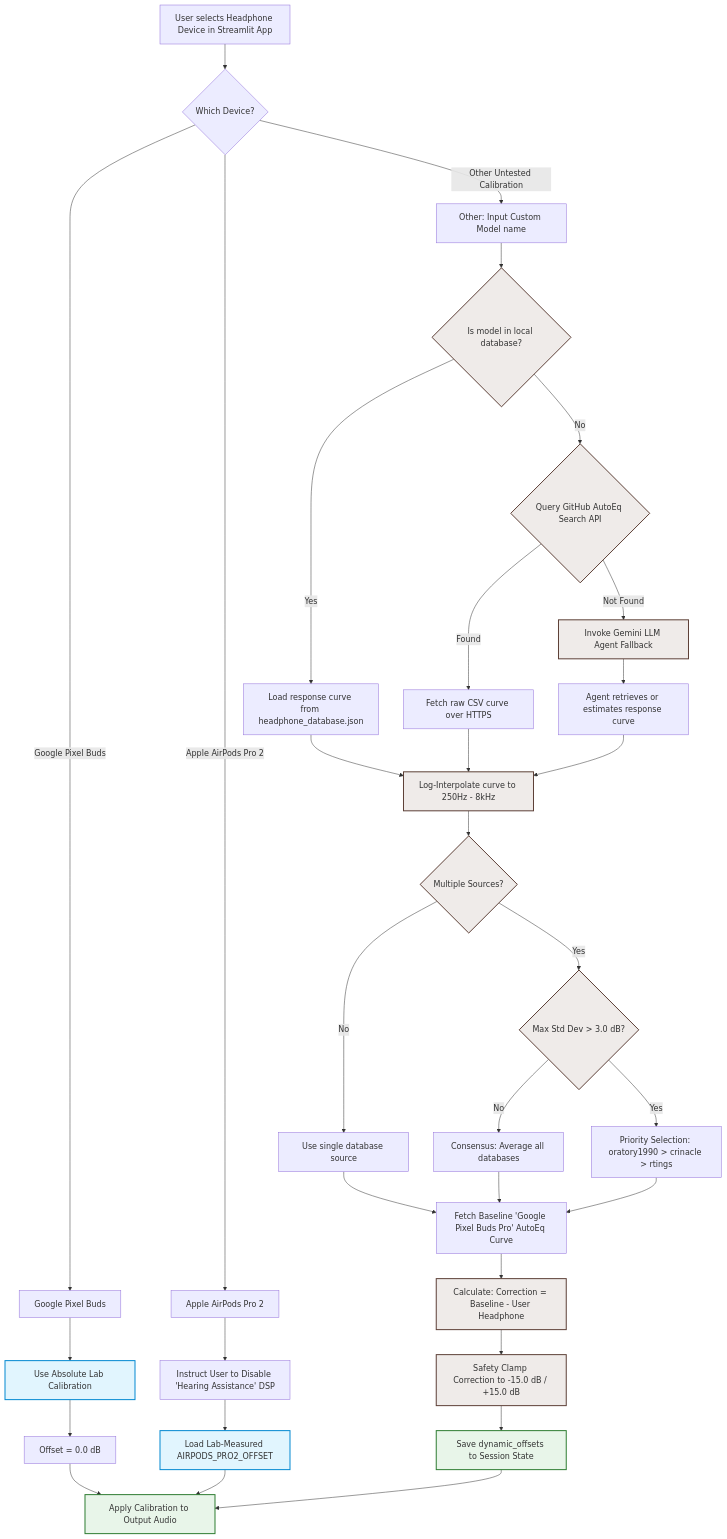
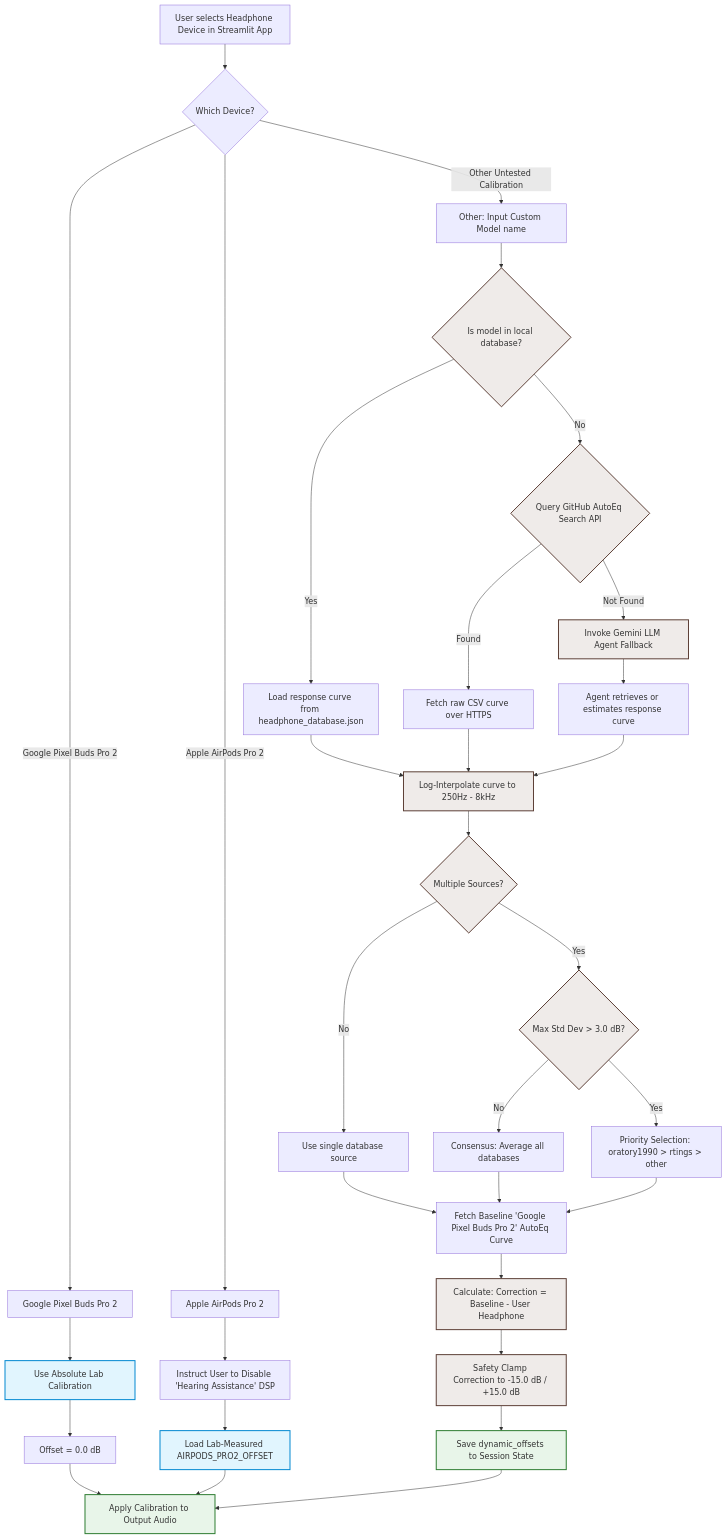
Before and after one commit to Australian-Future-Hearing-Initiative/afhi-hearing-tests-public: the diagram in README.md, drawn with Mermaid. The commit also changed other lines of this file and 7 other files, not shown here.

Commit message:
update Pixel buds to Pro 2

````diff
--- a/README.md
+++ b/README.md
@@ -104,57 +104,57 @@
 ```mermaid
 graph TD
     %% Styling
     classDef lab fill:#e1f5fe,stroke:#0288d1,stroke-width:2px;
     classDef dynamic fill:#efebe9,stroke:#5d4037,stroke-width:2px;
     classDef system fill:#e8f5e9,stroke:#2e7d32,stroke-width:2px;
     
     Start[User selects Headphone Device in Streamlit App] --> DeviceSelect{Which Device?}
     
     %% Pixel Buds Path
-    DeviceSelect -->|Google Pixel Buds| PB[Google Pixel Buds]
+    DeviceSelect -->|Google Pixel Buds Pro 2| PB[Google Pixel Buds Pro 2]
     PB --> PB_Calc[Use Absolute Lab Calibration]
     PB_Calc --> PB_Offset[Offset = 0.0 dB]
     PB_Offset --> Apply[Apply Calibration to Output Audio]
     
     %% AirPods Path
     DeviceSelect -->|Apple AirPods Pro 2| AP[Apple AirPods Pro 2]
     AP --> AP_Warning[Instruct User to Disable 'Hearing Assistance' DSP]
     AP_Warning --> AP_Calc[Load Lab-Measured AIRPODS_PRO2_OFFSET]
     AP_Calc --> Apply
     
     %% Dynamic Path
     DeviceSelect -->|Other Untested Calibration| Other[Other: Input Custom Model name]
     Other --> SearchDb{Is model in local database?}
     
     SearchDb -->|Yes| LocalLoad[Load response curve from headphone_database.json]
     SearchDb -->|No| GithubSearch{Query GitHub AutoEq Search API}
     
     GithubSearch -->|Found| GithubFetch[Fetch raw CSV curve over HTTPS]
     GithubSearch -->|Not Found| LLM[Invoke Gemini LLM Agent Fallback]
     LLM --> LLM_Estimate[Agent retrieves or estimates response curve]
     
     LocalLoad --> Interpolate[Log-Interpolate curve to 250Hz - 8kHz]
     GithubFetch --> Interpolate
     LLM_Estimate --> Interpolate
     
     Interpolate --> Vet{Multiple Sources?}
     Vet -->|No| Single[Use single database source]
     Vet -->|Yes| DevCheck{Max Std Dev > 3.0 dB?}
     
     DevCheck -->|No| Avg[Consensus: Average all databases]
-    DevCheck -->|Yes| Priority[Priority Selection: oratory1990 > crinacle > rtings]
+    DevCheck -->|Yes| Priority[Priority Selection: oratory1990 > rtings > other]
     
-    Single --> GetBaseline[Fetch Baseline 'Google Pixel Buds Pro' AutoEq Curve]
+    Single --> GetBaseline[Fetch Baseline 'Google Pixel Buds Pro 2' AutoEq Curve]
     Avg --> GetBaseline
     Priority --> GetBaseline
     
     GetBaseline --> Sub[Calculate: Correction = Baseline - User Headphone]
     Sub --> Clamp[Safety Clamp Correction to -15.0 dB / +15.0 dB]
     Clamp --> Save[Save dynamic_offsets to Session State]
     Save --> Apply
     
     %% Apply classes
     class PB_Calc,AP_Calc lab;
     class SearchDb,GithubSearch,LLM,Interpolate,Vet,DevCheck,Sub,Clamp dynamic;
     class Apply,Save system;
 ```
````
